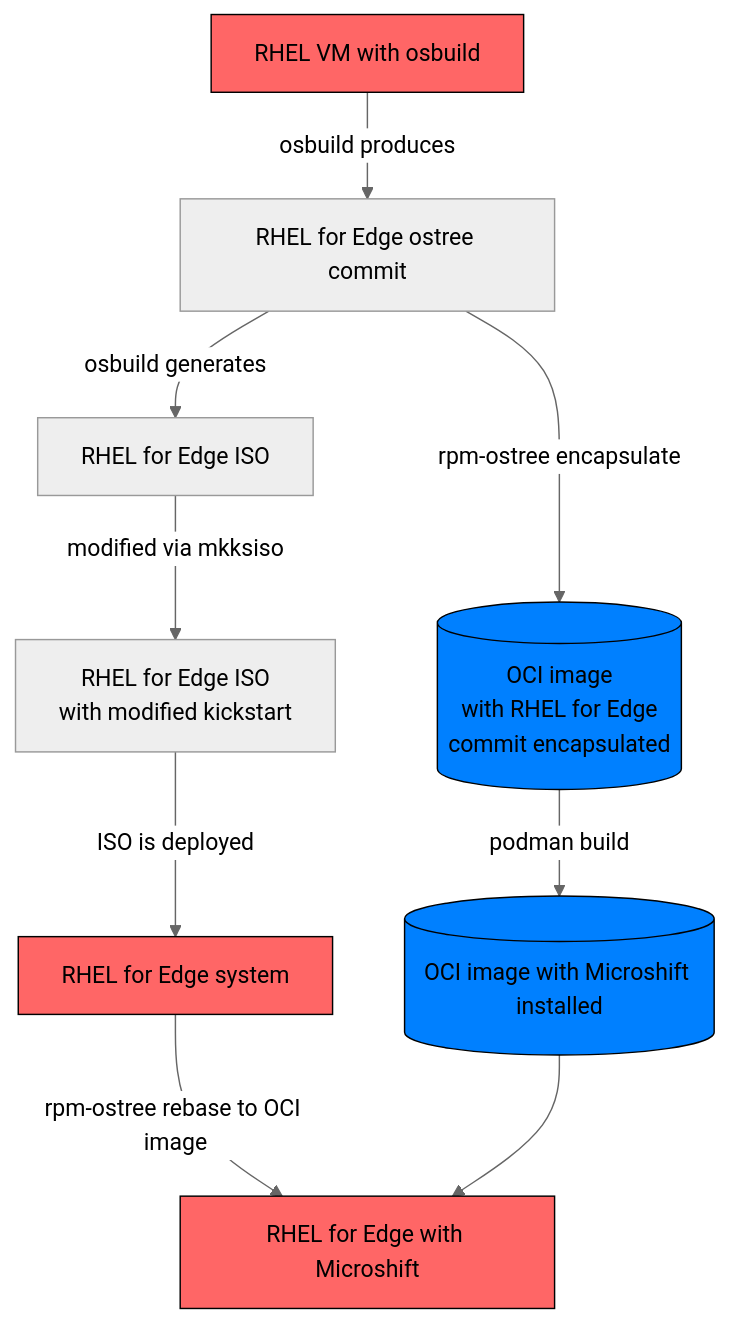
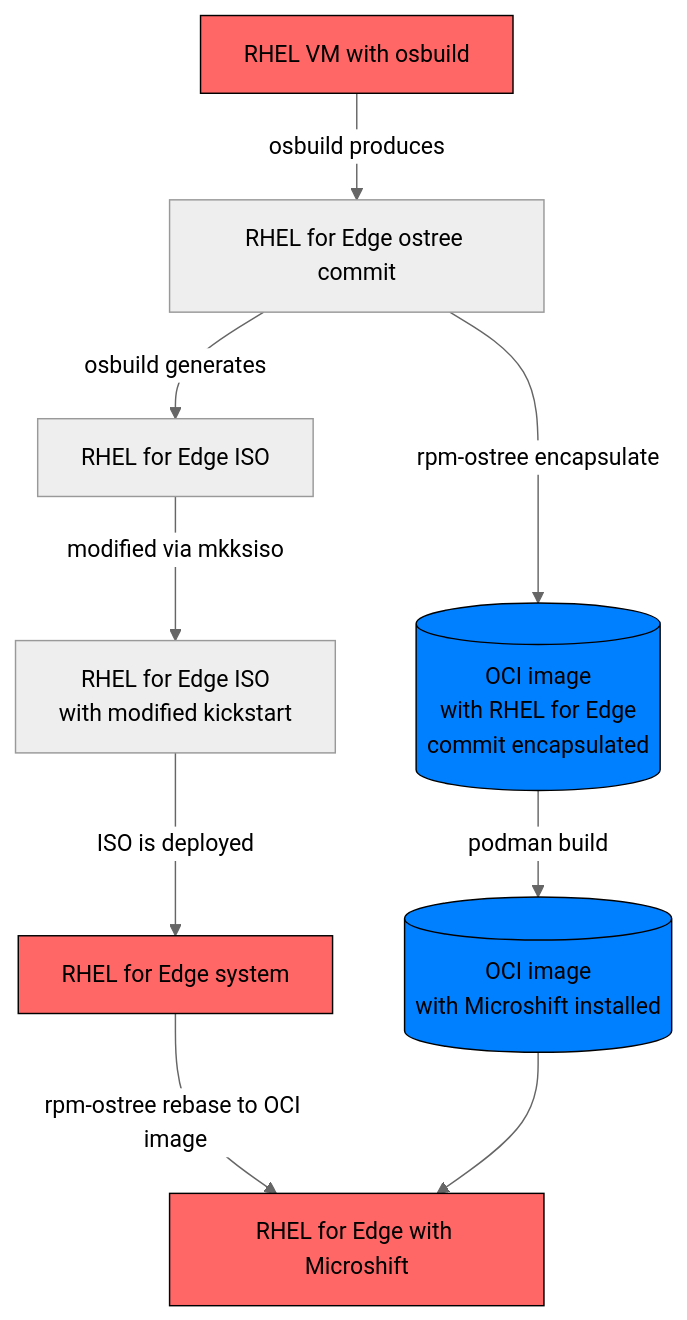
One commit to miabbott/r4e-microshift-demo changed the diagram in README.md. Above: the diagram before and after it, drawn with Mermaid (neutral theme).

Commit message:
more line break

````diff
--- a/README.md
+++ b/README.md
@@ -15,17 +15,17 @@
 ```mermaid
 flowchart TD;
   id1[RHEL VM with osbuild]-->|osbuild produces|id2[RHEL for Edge ostree commit];
   id2-->|osbuild generates|id3[RHEL for Edge ISO];
   id3-->|modified via mkksiso|id4[RHEL for Edge ISO <br/> with modified kickstart];
   id4-->|ISO is deployed|id5[RHEL for Edge system];
   id2-->|rpm-ostree encapsulate|id6[(OCI image <br/> with RHEL for Edge <br/> commit encapsulated)];
-  id6-->|podman build|id7[(OCI image with Microshift installed)];
+  id6-->|podman build|id7[(OCI image <br/> with Microshift installed)];
   id5-->|rpm-ostree rebase to OCI image|id8[RHEL for Edge with Microshift];
   id7-->id8;
 
   classDef vm fill:#ff6666,stroke:#000000
   classDef ctr fill:#0080ff,stroke:#000000
 
   class id1,id5,id8 vm
   class id6,id7 ctr
 ```
````
